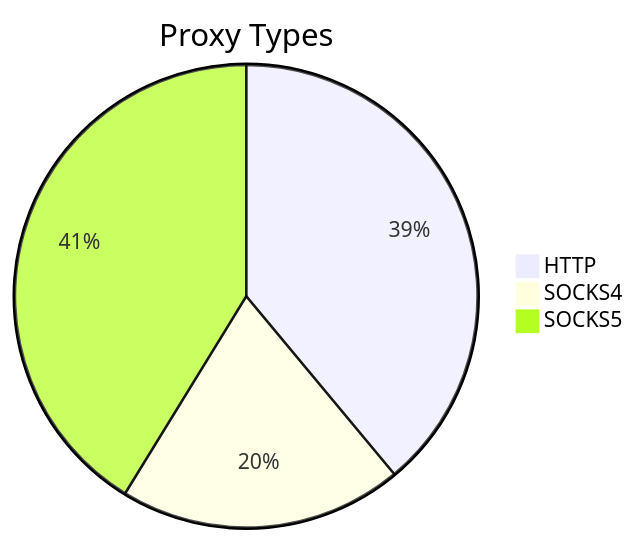
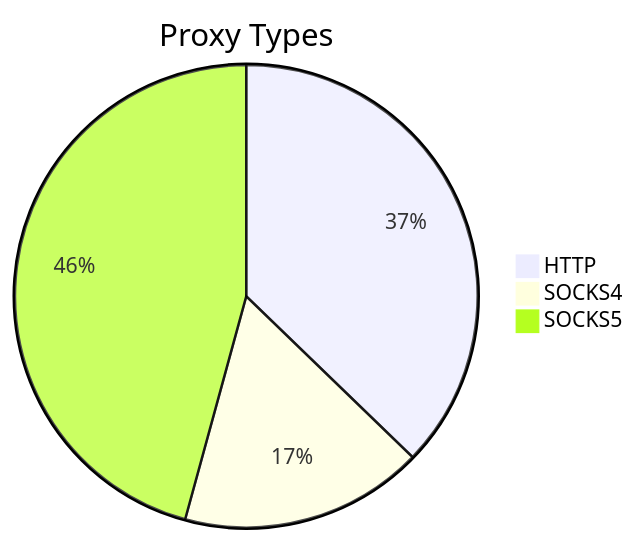
Before and after one commit to stormsia/proxy-list: the first of 2 diagrams in README.md, drawn with Mermaid. The commit also changed other lines of this file, not shown here.

````diff
--- a/README.md
+++ b/README.md
@@ -21,6 +21,6 @@
 ```mermaid
 pie title Proxy Types
-    "HTTP" : 171
-    "SOCKS4" : 87
-    "SOCKS5" : 181
+    "HTTP" : 105
+    "SOCKS4" : 48
+    "SOCKS5" : 129
 ```
````
